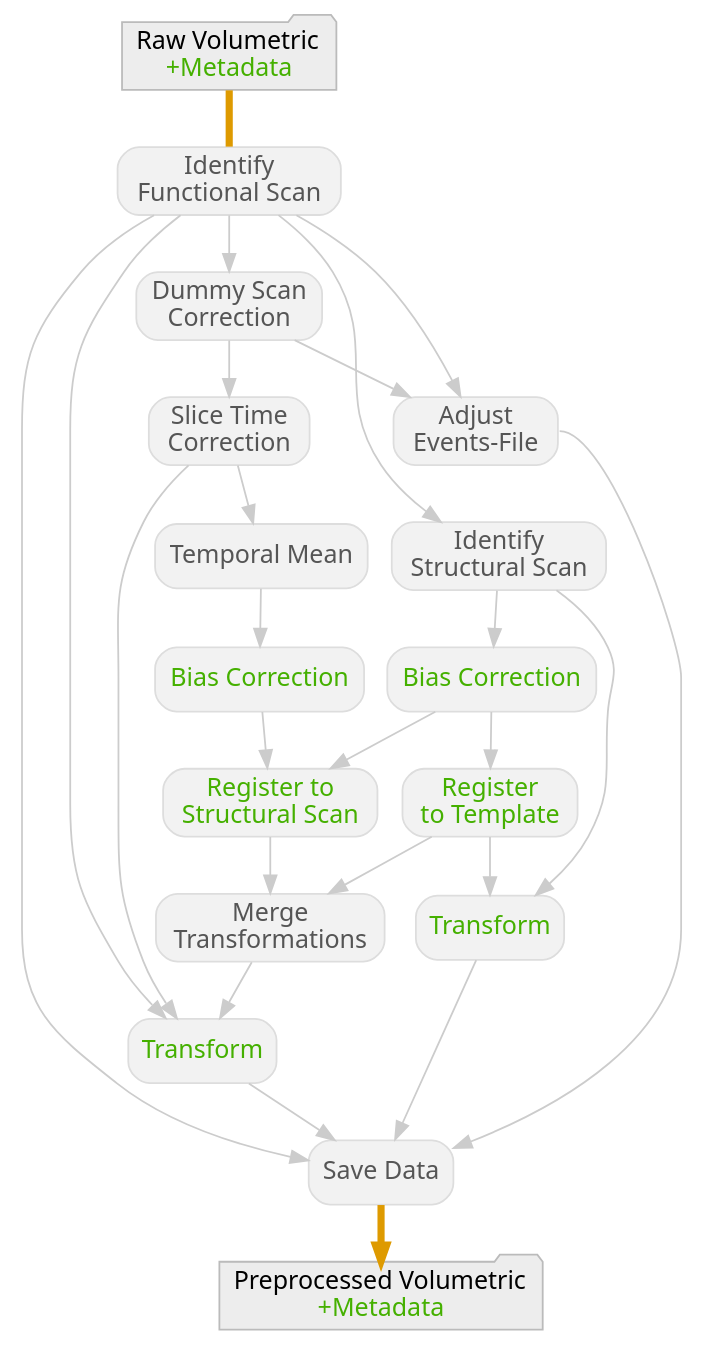
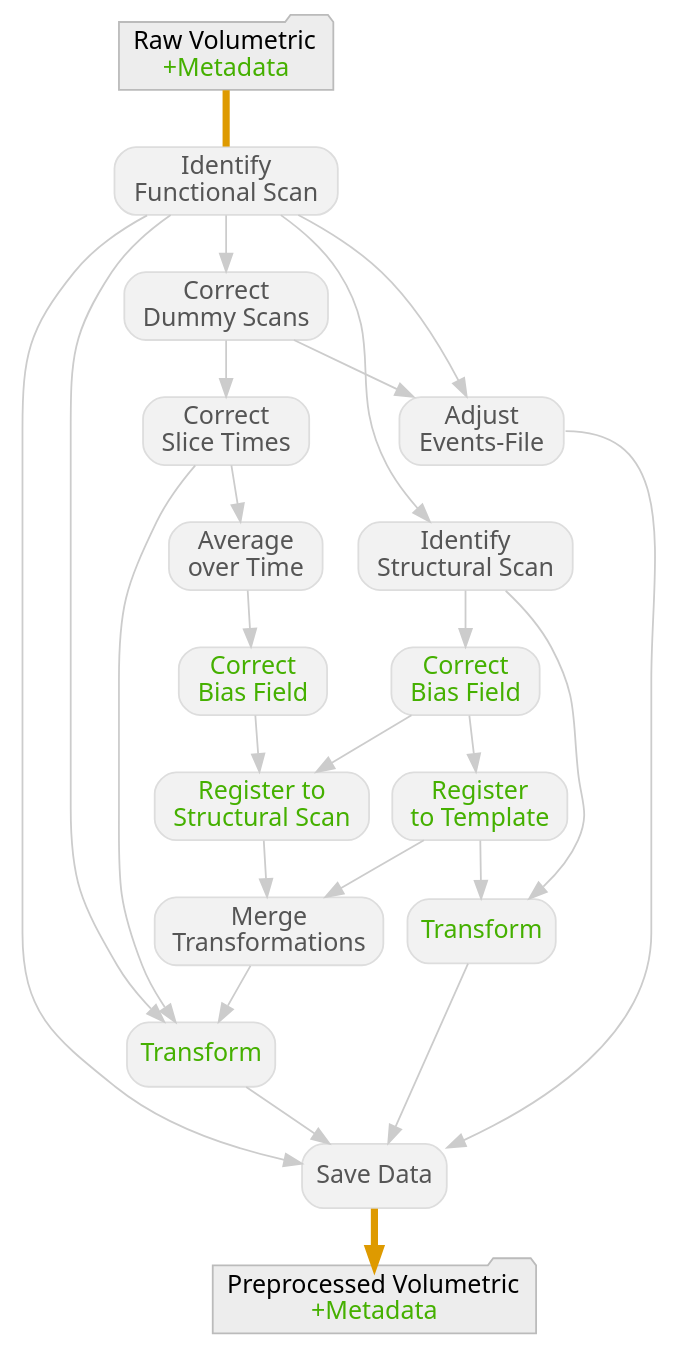
One commit to Jimmy2027/mlebe_RepSep changed the diagram in data/generic.dot. Above: the diagram before and after it, drawn with Graphviz. The commit also changed 7 other files, not shown here.

```diff
--- a/data/generic.dot
+++ b/data/generic.dot
@@ -1,51 +1,51 @@
 digraph generic_work{
   graph [pad="0.07", nodesep="0.175", ranksep="0.45"];
   node [fontname = "sans", style="filled,rounded", shape="box"];
   edge [fontname = "sans", color=gray80];
   generic_work_get_f_scan[label="Identify\n Functional Scan", color="#DDDDDD", fillcolor=grey95, fontcolor="#555555"];
   generic_work_get_s_scan[label="Identify\n Structural Scan", color="#DDDDDD", fillcolor=grey95, fontcolor="#555555"];
-  generic_work_s_biascorrect[label="Bias Correction", color="#DDDDDD", fillcolor=grey95, fontcolor="#45B000"];
+  generic_work_s_biascorrect[label="Correct\n Bias Field", color="#DDDDDD", fillcolor=grey95, fontcolor="#45B000"];
   generic_work_s_register[label="Register\n to Template", color="#DDDDDD", fillcolor=grey95, fontcolor="#45B000"];
   generic_work_s_warp[label="Transform", color="#DDDDDD", fillcolor=grey95, fontcolor="#45B000"];
-  generic_work_dummy_scans[label="Dummy Scan\n Correction", color="#DDDDDD", fillcolor=grey95, fontcolor="#555555"];
-  generic_work_slicetimer[label="Slice Time\n Correction", color="#DDDDDD", fillcolor=grey95, fontcolor="#555555"];
-  generic_work_temporal_mean[label="Temporal Mean", color="#DDDDDD", fillcolor=grey95, fontcolor="#555555"];
-  generic_work_f_biascorrect[label="Bias Correction", color="#DDDDDD", fillcolor=grey95, fontcolor="#45B000"];
+  generic_work_dummy_scans[label="Correct\n Dummy Scans", color="#DDDDDD", fillcolor=grey95, fontcolor="#555555"];
+  generic_work_slicetimer[label="Correct\n Slice Times", color="#DDDDDD", fillcolor=grey95, fontcolor="#555555"];
+  generic_work_temporal_mean[label="Average\n over Time", color="#DDDDDD", fillcolor=grey95, fontcolor="#555555"];
+  generic_work_f_biascorrect[label="Correct\n Bias Field", color="#DDDDDD", fillcolor=grey95, fontcolor="#45B000"];
   generic_work_f_register[label="Register to\n Structural Scan", color="#DDDDDD", fillcolor=grey95, fontcolor="#45B000"];
   generic_work_merge[label="Merge\n Transformations", color="#DDDDDD", fillcolor=grey95, fontcolor="#555555"];
   generic_work_f_warp[label="Transform", color="#DDDDDD", fillcolor=grey95, fontcolor="#45B000"];
   generic_work_events_file[label="Adjust\n Events-File", color="#DDDDDD", fillcolor=grey95, fontcolor="#555555"];
   generic_work_datasink[label="Save Data", color="#DDDDDD", fillcolor=grey95, fontcolor="#555555"];
   d[
       label=<Raw Volumetric<BR/><FONT COLOR="#45B000">+Metadata</FONT>>,
       shape=folder, color="#BBBBBB", fillcolor=grey93,
       ];
   e[
       label=<Preprocessed Volumetric<BR/><FONT COLOR="#45B000">+Metadata</FONT>>,
       shape=folder, color="#BBBBBB", fillcolor=grey93,
       ];
   d -> generic_work_get_f_scan [arrowhead=none, arrowsize=0.9, penwidth=4, color="#DE9A00"];
   generic_work_get_f_scan -> generic_work_f_warp;
   generic_work_get_f_scan -> generic_work_dummy_scans;
   generic_work_get_f_scan -> generic_work_datasink;
   generic_work_get_f_scan -> generic_work_get_s_scan;
   generic_work_get_f_scan -> generic_work_events_file;
   generic_work_get_s_scan -> generic_work_s_warp;
   generic_work_get_s_scan -> generic_work_s_biascorrect;
   generic_work_s_biascorrect -> generic_work_s_register;
   generic_work_s_biascorrect -> generic_work_f_register;
   generic_work_s_register -> generic_work_s_warp;
   generic_work_s_register -> generic_work_merge;
   generic_work_s_warp -> generic_work_datasink;
   generic_work_dummy_scans -> generic_work_events_file;
   generic_work_dummy_scans -> generic_work_slicetimer;
   generic_work_slicetimer -> generic_work_f_warp;
   generic_work_slicetimer -> generic_work_temporal_mean;
   generic_work_temporal_mean -> generic_work_f_biascorrect;
   generic_work_f_biascorrect -> generic_work_f_register;
   generic_work_f_register -> generic_work_merge;
   generic_work_merge -> generic_work_f_warp;
   generic_work_f_warp -> generic_work_datasink;
   generic_work_events_file:e -> generic_work_datasink;
   generic_work_datasink -> e [arrowsize=0.9, penwidth=4, color="#DE9A00"];
 }
```
